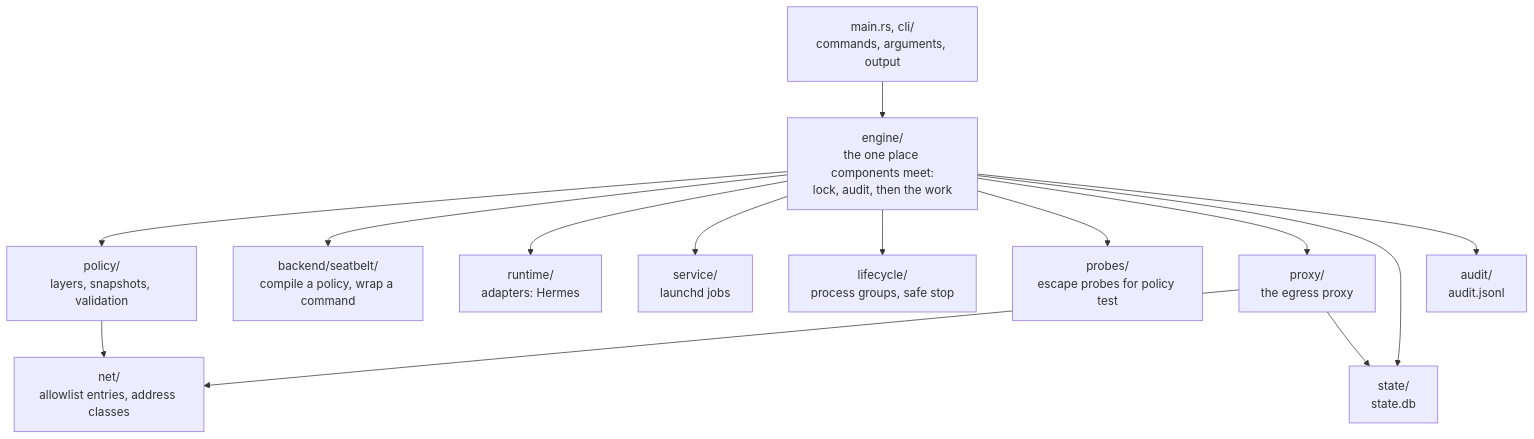
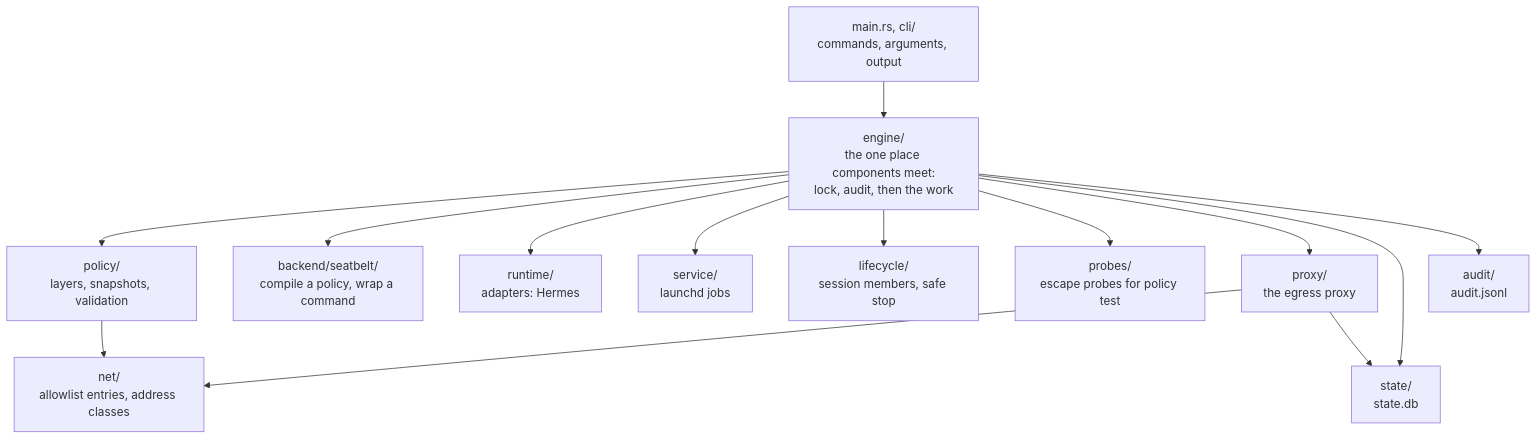
The second of 3 diagrams in docs/architecture.md (victorbonnet/enclos), drawn with Mermaid before and after one commit. The commit also changed other lines of this file, not shown here.

Commit message:
docs: stop ends every member of a session, not only its first group

````diff
--- a/docs/architecture.md
+++ b/docs/architecture.md
@@ -61,18 +61,18 @@
 ```mermaid
 flowchart TB
   main["main.rs, cli/<br/>commands, arguments, output"] --> engine["engine/<br/>the one place components meet:<br/>lock, audit, then the work"]
 
   engine --> policy["policy/<br/>layers, snapshots, validation"]
   engine --> backend["backend/seatbelt/<br/>compile a policy, wrap a command"]
   engine --> runtime["runtime/<br/>adapters: Hermes"]
   engine --> service["service/<br/>launchd jobs"]
-  engine --> lifecycle["lifecycle/<br/>process groups, safe stop"]
+  engine --> lifecycle["lifecycle/<br/>session members, safe stop"]
   engine --> probes["probes/<br/>escape probes for policy test"]
   engine --> proxy["proxy/<br/>the egress proxy"]
   engine --> state["state/<br/>state.db"]
   engine --> audit["audit/<br/>audit.jsonl"]
 
   policy --> netmod["net/<br/>allowlist entries, address classes"]
   proxy --> netmod
   proxy --> state
 ```
````
